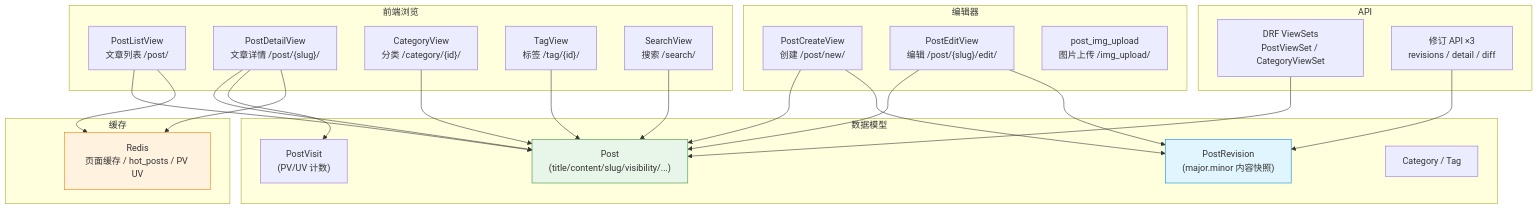
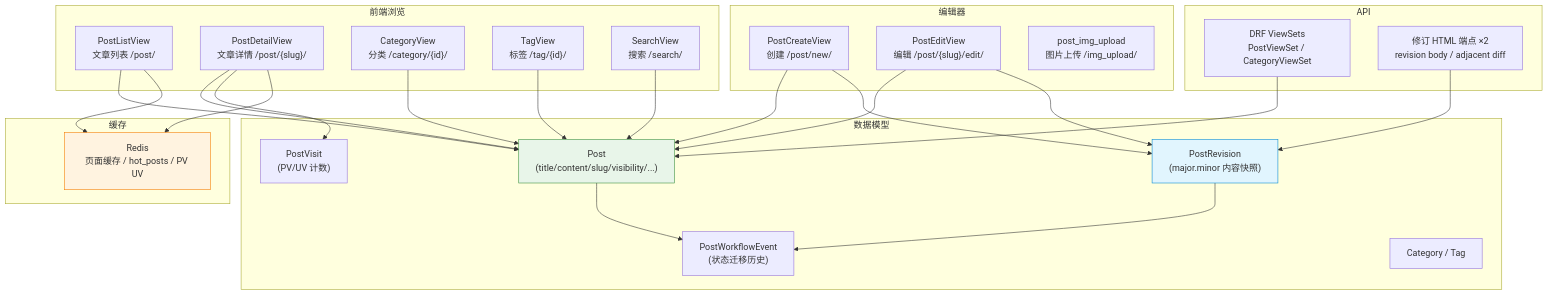
Before and after one commit to se-veN714/PowerAdapterBlogs: the first of 8 diagrams in Blogs/DEVELOPMENT.md, drawn with Mermaid. The commit also changed other lines of this file and 23 other files, not shown here.

Commit message:
docs: consolidate guides and update v2 roadmap

````diff
--- a/Blogs/DEVELOPMENT.md
+++ b/Blogs/DEVELOPMENT.md
@@ -44,54 +52,57 @@
 ```mermaid
 flowchart TD
     subgraph frontend["前端浏览"]
         LIST["PostListView<br/>文章列表 /post/"]
         DETAIL["PostDetailView<br/>文章详情 /post/{slug}/"]
         CATE["CategoryView<br/>分类 /category/{id}/"]
         TAGV["TagView<br/>标签 /tag/{id}/"]
         SEARCH["SearchView<br/>搜索 /search/"]
     end
 
     subgraph editor["编辑器"]
         CREATE["PostCreateView<br/>创建 /post/new/"]
         EDIT["PostEditView<br/>编辑 /post/{slug}/edit/"]
         IMG["post_img_upload<br/>图片上传 /img_upload/"]
     end
 
     subgraph api["API"]
         DRF["DRF ViewSets<br/>PostViewSet / CategoryViewSet"]
-        REV_API["修订 API ×3<br/>revisions / detail / diff"]
+        REV_API["修订 HTML 端点 ×2<br/>revision body / adjacent diff"]
     end
 
     subgraph models["数据模型"]
         POST["Post<br/>(title/content/slug/visibility/...)"]
         REV["PostRevision<br/>(major.minor 内容快照)"]
+        EVENT["PostWorkflowEvent<br/>(状态迁移历史)"]
         VISIT["PostVisit<br/>(PV/UV 计数)"]
         CAT["Category / Tag"]
     end
 
     subgraph cache["缓存"]
         REDIS["Redis<br/>页面缓存 / hot_posts / PV UV"]
     end
 
     LIST --> POST
     DETAIL --> POST
     DETAIL --> VISIT
     CATE --> POST
     TAGV --> POST
     SEARCH --> POST
 
     CREATE --> POST
     CREATE --> REV
     EDIT --> POST
     EDIT --> REV
+    POST --> EVENT
+    REV --> EVENT
 
     DRF --> POST
     REV_API --> REV
 
     LIST --> REDIS
     DETAIL --> REDIS
 
     style POST fill:#e8f5e9,stroke:#388e3c
     style REV fill:#e1f5fe,stroke:#0288d1
     style REDIS fill:#fff3e0,stroke:#f57c00
 ```
````
